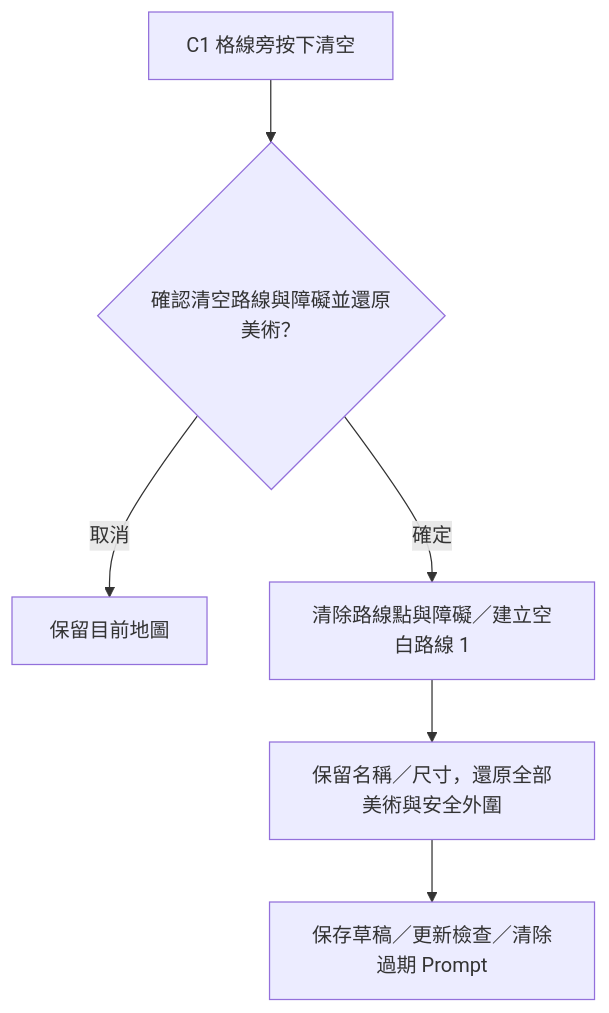
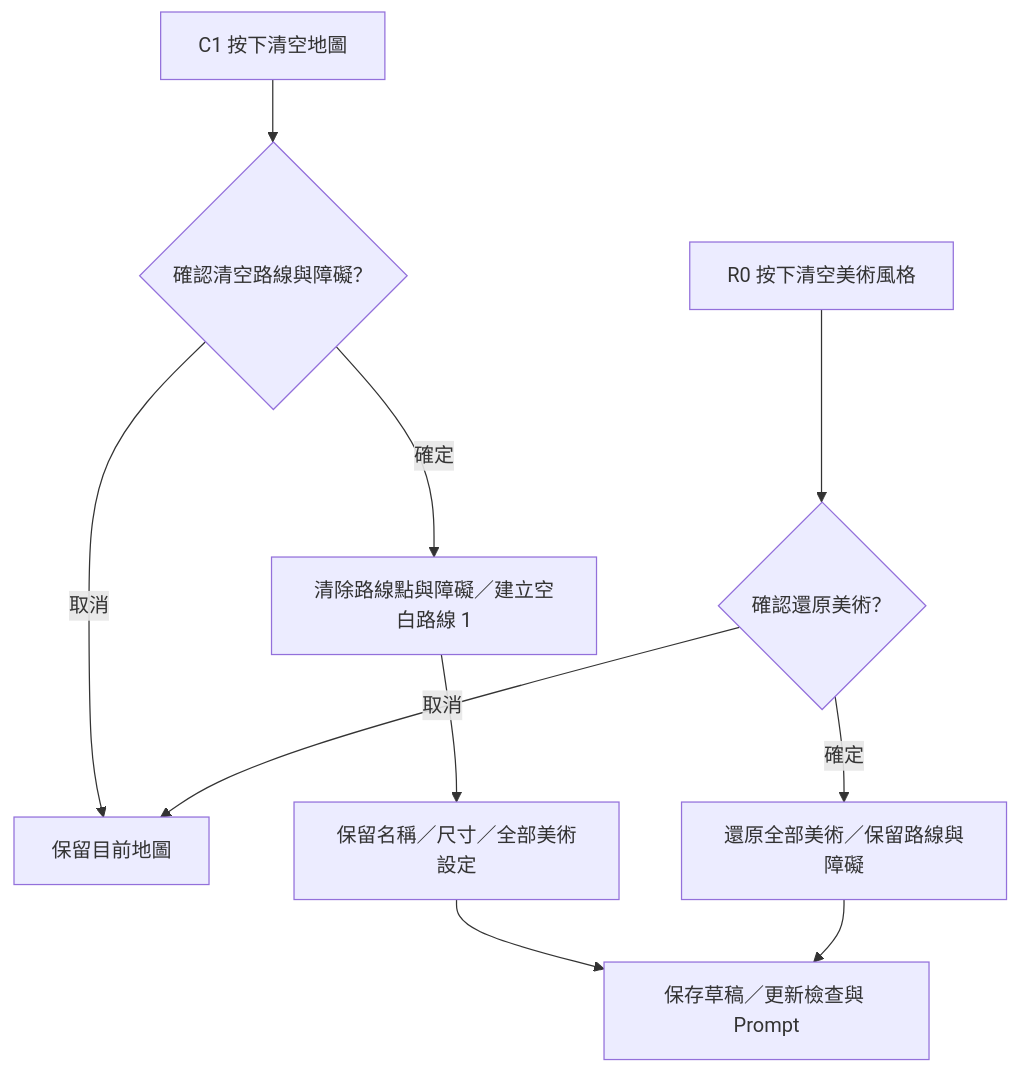
The seventh of 9 diagrams in docs/SPEC.md (weimowang/tdmapcreate), drawn with Mermaid before and after one commit. The commit also changed other lines of this file and 6 other files, not shown here.

````diff
--- a/docs/SPEC.md
+++ b/docs/SPEC.md
@@ -302,8 +303,12 @@
 ```mermaid
 flowchart TD
-  A[C1 格線旁按下清空] --> B{確認清空路線與障礙並還原美術？}
+  A[C1 按下清空地圖] --> B{確認清空路線與障礙？}
   B -->|取消| C[保留目前地圖]
   B -->|確定| D[清除路線點與障礙／建立空白路線 1]
-  D --> E[保留名稱／尺寸，還原全部美術與安全外圍]
-  E --> F[保存草稿／更新檢查／清除過期 Prompt]
+  D --> E[保留名稱／尺寸／全部美術設定]
+  E --> F[保存草稿／更新檢查與 Prompt]
+  G[R0 按下清空美術風格] --> H{確認還原美術？}
+  H -->|取消| C
+  H -->|確定| I[還原全部美術／保留路線與障礙]
+  I --> F
 ```
````
